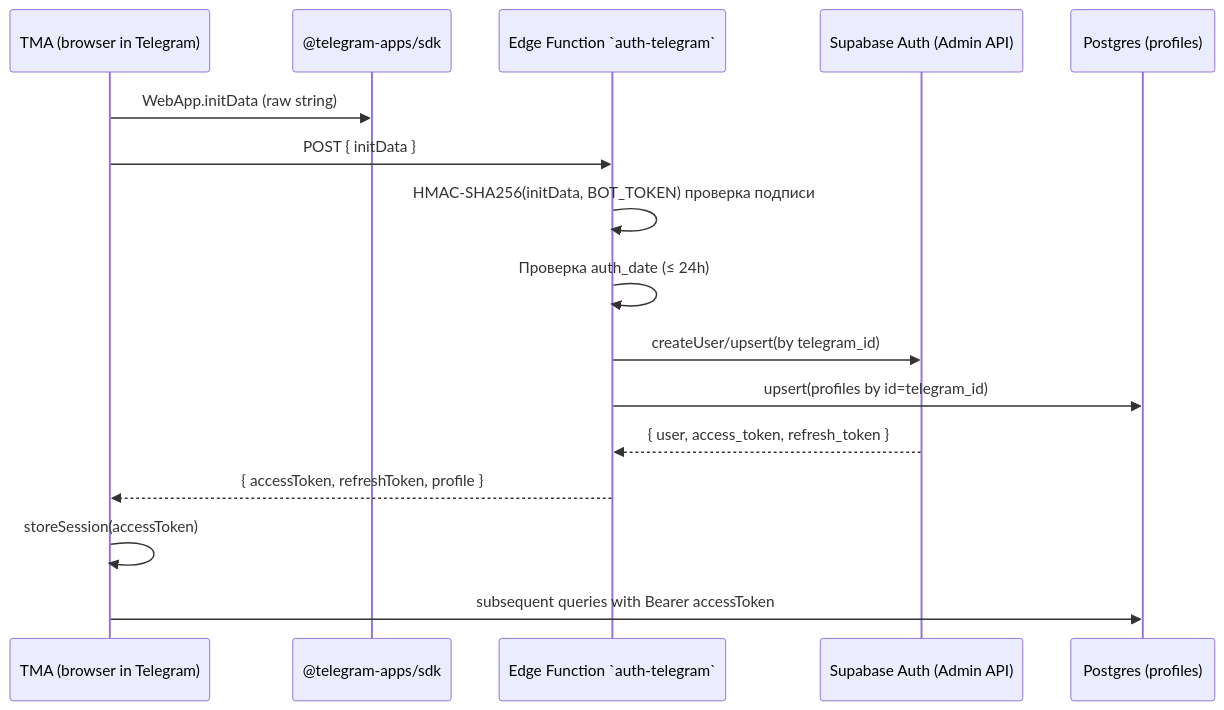
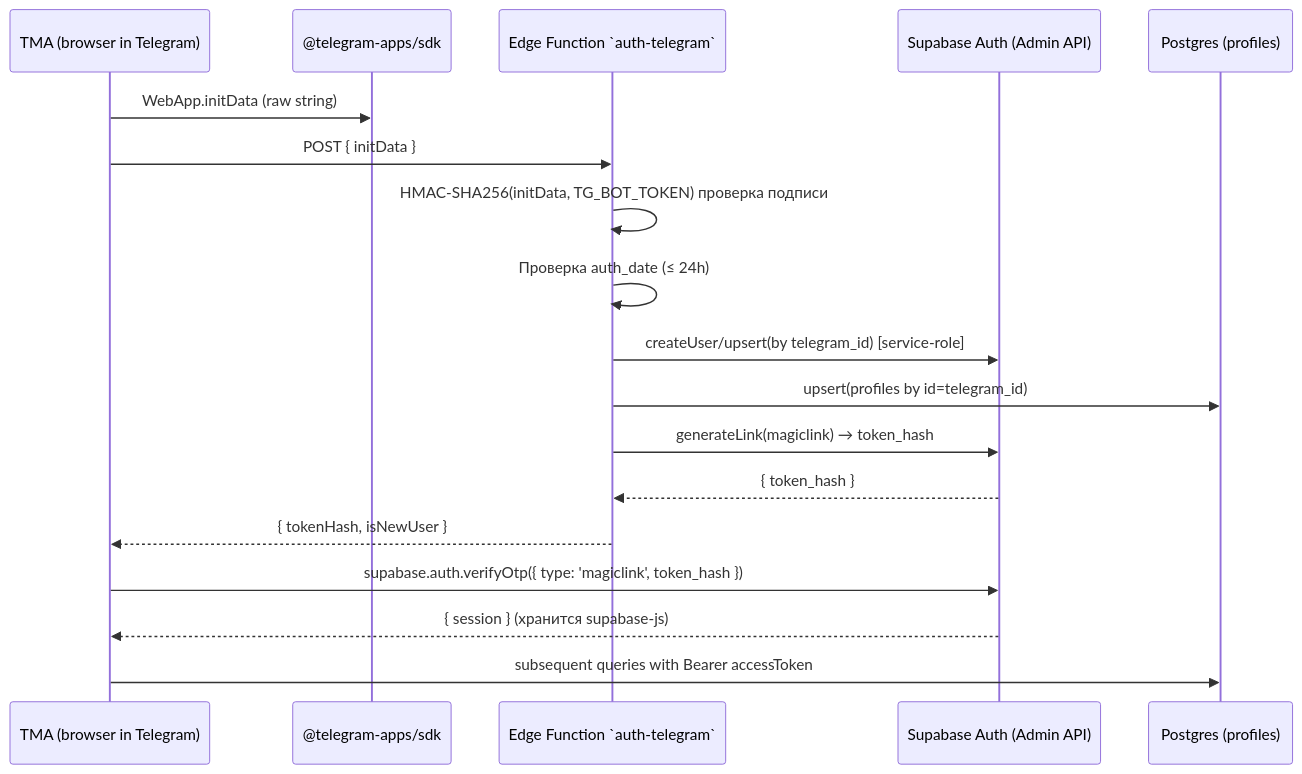
Before and after one commit to gaisdav/wlist: the fourth of 6 diagrams in docs/architecture.md, drawn with Mermaid. The commit also changed other lines of this file and 6 other files, not shown here.

````diff
--- a/docs/architecture.md
+++ b/docs/architecture.md
@@ -384,19 +382,21 @@
 ```mermaid
 sequenceDiagram
   participant TMA as TMA (browser in Telegram)
   participant SDK as @telegram-apps/sdk
   participant Edge as Edge Function `auth-telegram`
   participant Auth as Supabase Auth (Admin API)
   participant DB as Postgres (profiles)
 
   TMA->>SDK: WebApp.initData (raw string)
   TMA->>Edge: POST { initData }
-  Edge->>Edge: HMAC-SHA256(initData, BOT_TOKEN) проверка подписи
+  Edge->>Edge: HMAC-SHA256(initData, TG_BOT_TOKEN) проверка подписи
   Edge->>Edge: Проверка auth_date (≤ 24h)
-  Edge->>Auth: createUser/upsert(by telegram_id)
+  Edge->>Auth: createUser/upsert(by telegram_id) [service-role]
   Edge->>DB: upsert(profiles by id=telegram_id)
-  Auth-->>Edge: { user, access_token, refresh_token }
-  Edge-->>TMA: { accessToken, refreshToken, profile }
-  TMA->>TMA: storeSession(accessToken)
+  Edge->>Auth: generateLink(magiclink) → token_hash
+  Auth-->>Edge: { token_hash }
+  Edge-->>TMA: { tokenHash, isNewUser }
+  TMA->>Auth: supabase.auth.verifyOtp({ type: 'magiclink', token_hash })
+  Auth-->>TMA: { session } (хранится supabase-js)
   TMA->>DB: subsequent queries with Bearer accessToken
 ```
````
